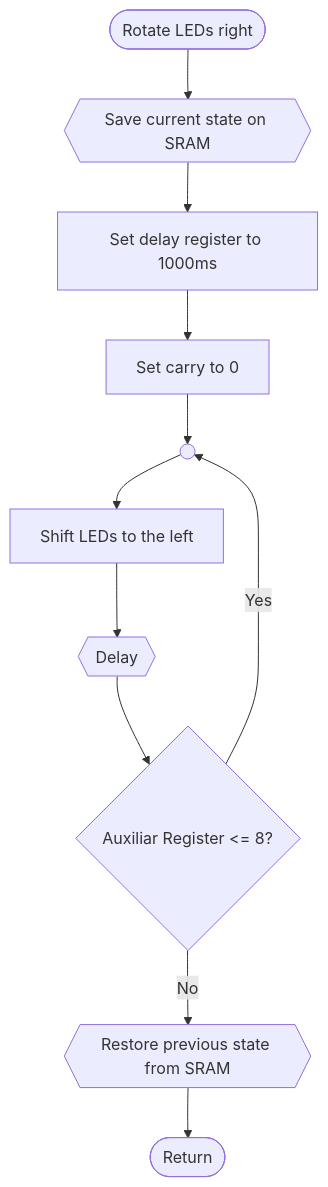
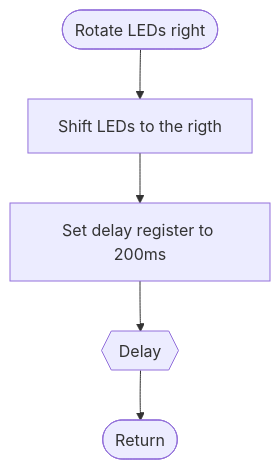
One commit to gabrielluizep/eng-mic changed the fourth of 4 diagrams in subroutines/subroutines.md. Above: the diagram before and after it, drawn with Mermaid. The commit also changed other lines of this file and 1 other file, not shown here.

````diff
--- a/subroutines/subroutines.md
+++ b/subroutines/subroutines.md
@@ -50,15 +43,8 @@
 ```mermaid
 graph TD
-  ror([Rotate LEDs right])
-  --> save{{Save current state on SRAM}}
-  --> setDelay[Set delay register to 1000ms]
-  --> carry[Set carry to 0]
-  --> loop(( ))
-  --> shift[Shift LEDs to the left]
+  rol([Rotate LEDs right])
+  --> shift[Shift LEDs to the rigth]
+  --> setDelay[Set delay register to 200ms]
   --> delay{{Delay}}
-  --> validation{Auxiliar Register <= 8?}
-  --> |Yes| loop
-  validation
-  --> |No| restore{{Restore previous state from SRAM}}
   --> return([Return])
 ```
````
